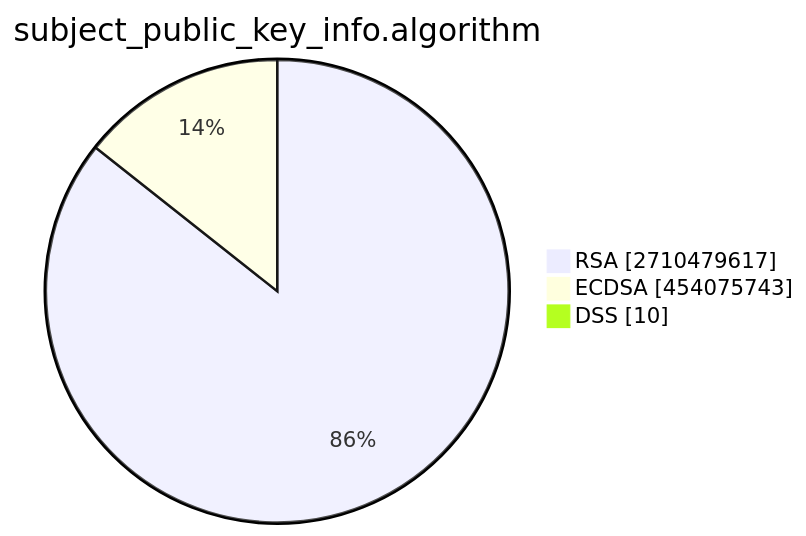
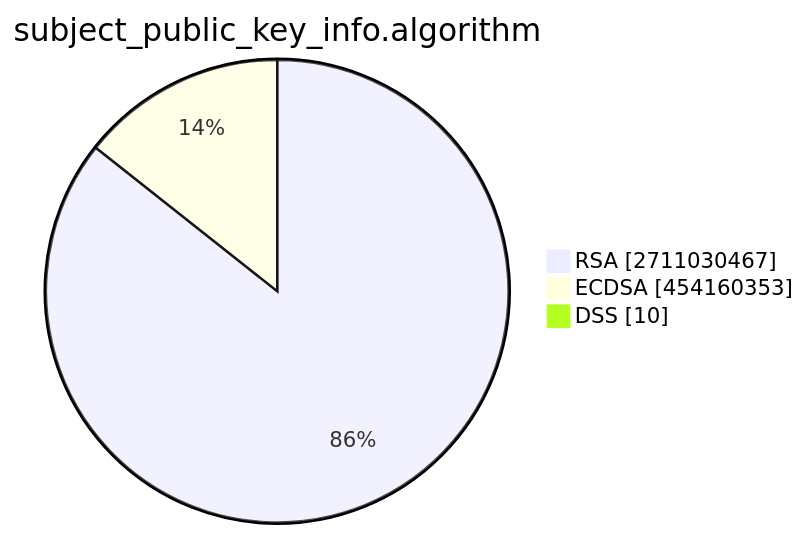
The second of 15 diagrams in TOTAL/README.md (christiankrug/ctmonitor_visualization), drawn with Mermaid before and after one commit. The commit also changed other lines of this file, not shown here.

````diff
--- a/TOTAL/README.md
+++ b/TOTAL/README.md
@@ -6,7 +6,7 @@
 ```mermaid
 pie showData
 title subject_public_key_info.algorithm
-"RSA" :2710479617
-"ECDSA" :454075743
+"RSA" :2711030467
+"ECDSA" :454160353
 "DSS" :10
 ```
````
